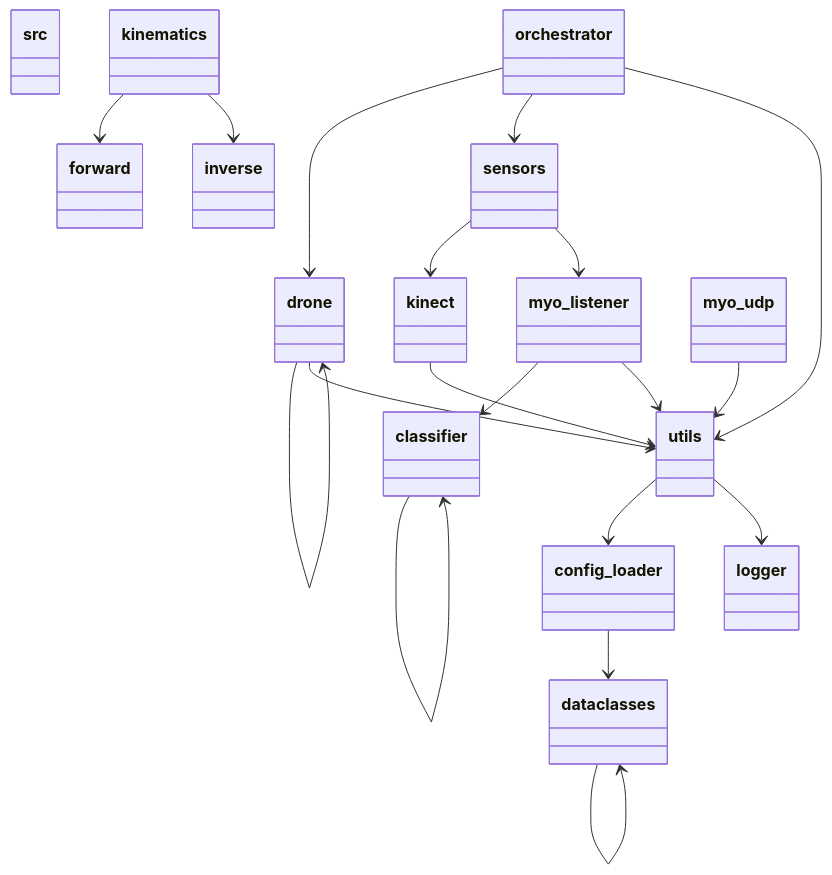
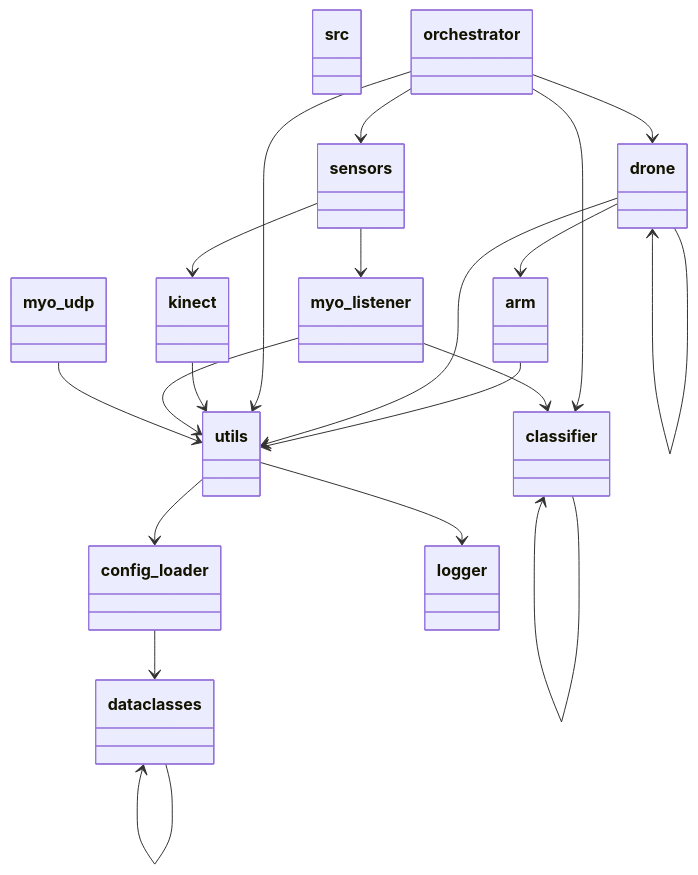
Before and after one commit to slesser6/myobotanica: the diagram in packages.mmd, drawn with Mermaid. The commit also changed 1 other file, not shown here.

Commit message:
update diagram

```diff
--- a/packages.mmd
+++ b/packages.mmd
@@ -1,53 +1,50 @@
 classDiagram
   class src {
   }
   class classifier {
   }
   class classifier {
   }
   class drone {
   }
+  class arm {
+  }
   class drone {
-  }
-  class kinematics {
-  }
-  class forward {
-  }
-  class inverse {
   }
   class orchestrator {
   }
   class sensors {
   }
   class kinect {
   }
   class myo_listener {
   }
   class myo_udp {
   }
   class utils {
   }
   class config_loader {
   }
   class dataclasses {
   }
   class logger {
   }
   classifier --> classifier
+  drone --> arm
   drone --> drone
+  arm --> utils
   drone --> utils
-  kinematics --> forward
-  kinematics --> inverse
+  orchestrator --> classifier
   orchestrator --> drone
   orchestrator --> sensors
   orchestrator --> utils
   sensors --> kinect
   sensors --> myo_listener
   kinect --> utils
   myo_listener --> classifier
   myo_listener --> utils
   myo_udp --> utils
   utils --> config_loader
   utils --> logger
   config_loader --> dataclasses
   dataclasses --> dataclasses
```
